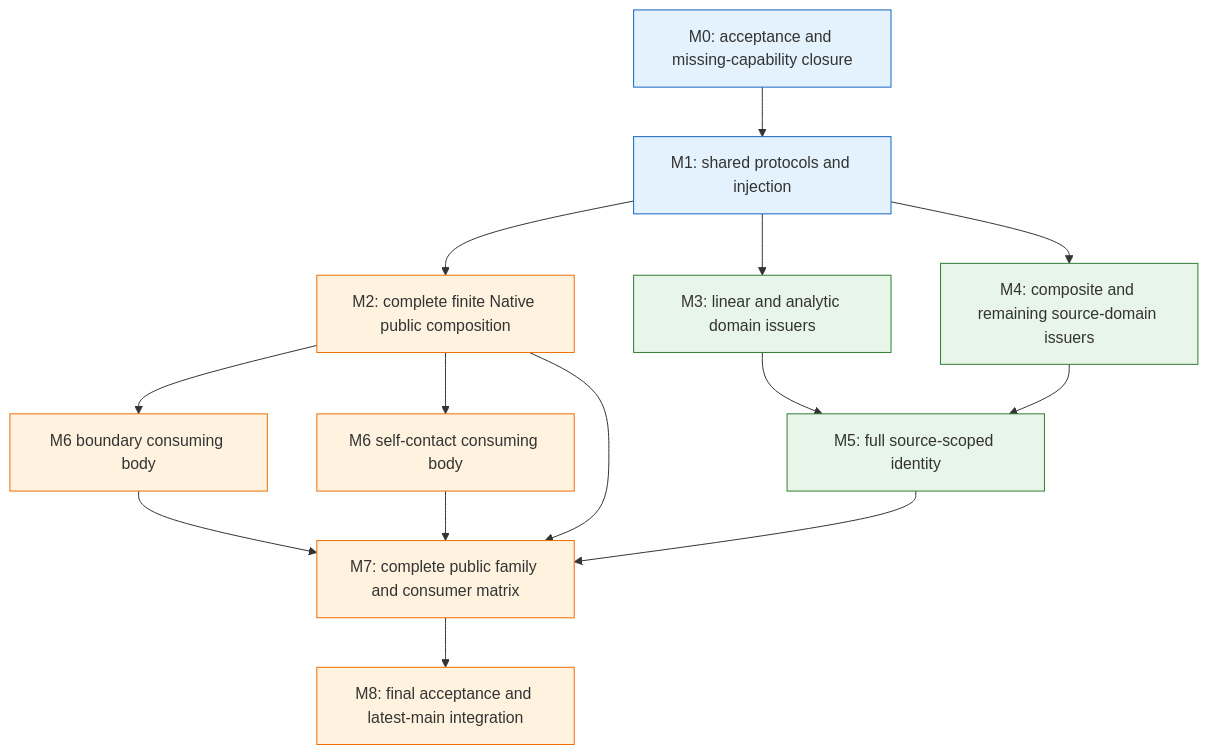
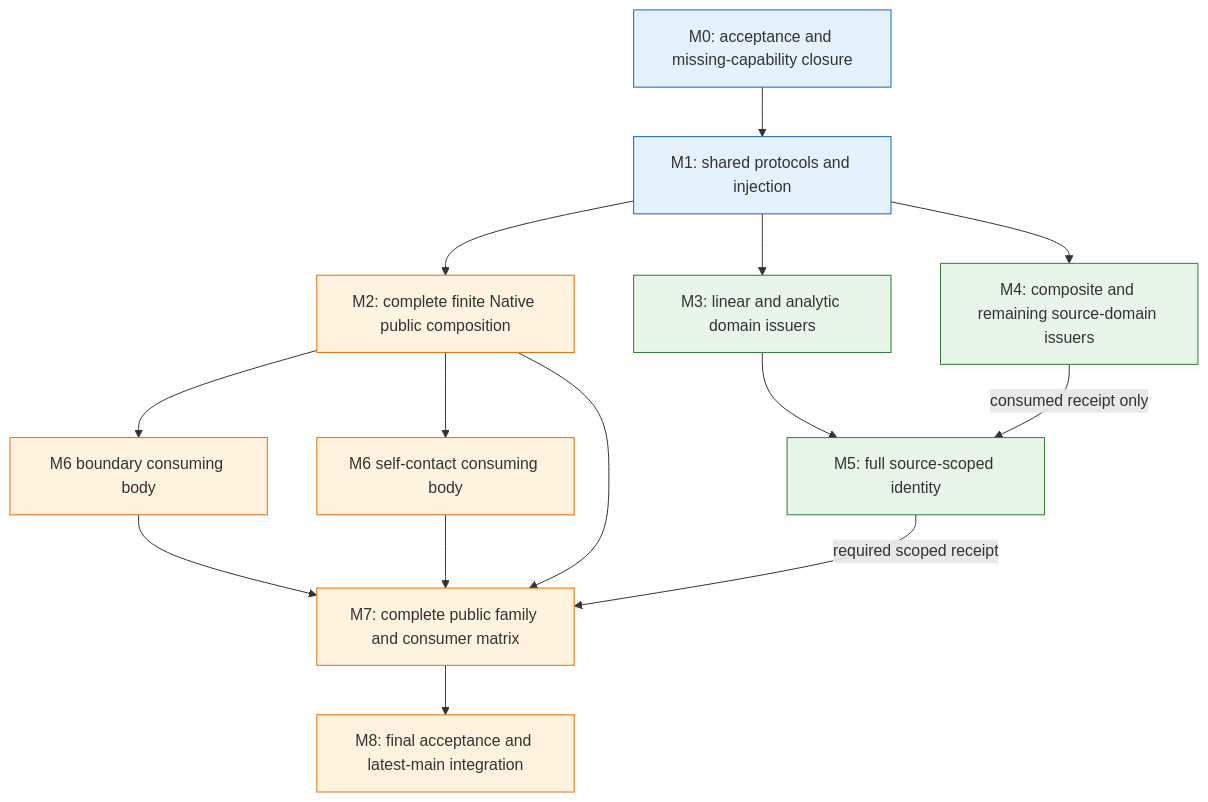
The second of 2 diagrams in Sources/CADGeometry/OriginalDomainIdentity/DESIGN.md (1amageek/swift-CAD), drawn with Mermaid before and after one commit. The commit also changed other lines of this file and 11 other files, not shown here.

````diff
--- a/Sources/CADGeometry/OriginalDomainIdentity/DESIGN.md
+++ b/Sources/CADGeometry/OriginalDomainIdentity/DESIGN.md
@@ -288,22 +288,22 @@
 ```mermaid
 flowchart TD
  M0[M0: acceptance and missing-capability closure] --> M1[M1: shared protocols and injection]
  M1 --> M2[M2: complete finite Native public composition]
  M1 --> M3[M3: linear and analytic domain issuers]
  M1 --> M4[M4: composite and remaining source-domain issuers]
  M2 --> B[M6 boundary consuming body]
  M2 --> S[M6 self-contact consuming body]
  M3 --> M5[M5: full source-scoped identity]
- M4 --> M5
+ M4 -->|consumed receipt only| M5
  M2 --> M7[M7: complete public family and consumer matrix]
- M5 --> M7
+ M5 -->|required scoped receipt| M7
  B --> M7
  S --> M7
  M7 --> M8[M8: final acceptance and latest-main integration]
  classDef common fill:#e3f2fd,stroke:#1565c0;
  classDef family fill:#e8f5e9,stroke:#2e7d32;
  classDef consumer fill:#fff3e0,stroke:#ef6c00;
  class M0,M1 common;
  class M3,M4,M5 family;
  class M2,B,S,M7,M8 consumer;
 ```
````
